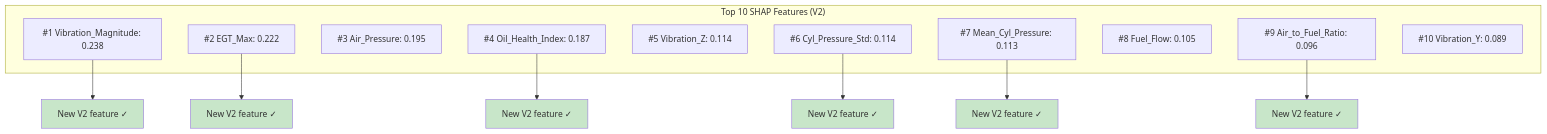
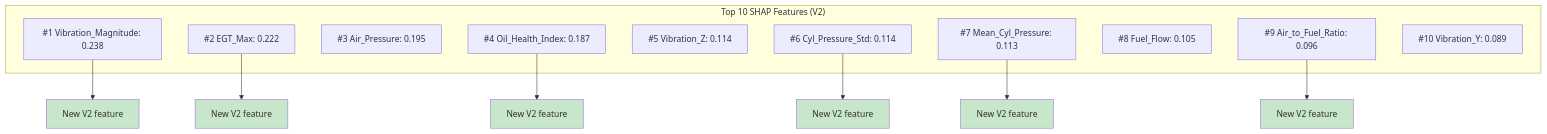
One commit to MrNahadi/New-AIMS changed the ninth of 11 diagrams in docs/report.md. Above: the diagram before and after it, drawn with Mermaid. The commit also changed other lines of this file and 1 other file, not shown here.

Commit message:
Remove emojis from markdown files

````diff
--- a/docs/report.md
+++ b/docs/report.md
@@ -298,29 +298,29 @@
 ```mermaid
 graph TD
     subgraph Top10["Top 10 SHAP Features (V2)"]
         F1["#1 Vibration_Magnitude: 0.238"]
         F2["#2 EGT_Max: 0.222"]
         F3["#3 Air_Pressure: 0.195"]
         F4["#4 Oil_Health_Index: 0.187"]
         F5["#5 Vibration_Z: 0.114"]
         F6["#6 Cyl_Pressure_Std: 0.114"]
         F7["#7 Mean_Cyl_Pressure: 0.113"]
         F8["#8 Fuel_Flow: 0.105"]
         F9["#9 Air_to_Fuel_Ratio: 0.096"]
         F10["#10 Vibration_Y: 0.089"]
     end
 
-    F1 --> N1[New V2 feature ✓]
-    F2 --> N2[New V2 feature ✓]
-    F4 --> N4[New V2 feature ✓]
-    F6 --> N6[New V2 feature ✓]
-    F7 --> N7[New V2 feature ✓]
-    F9 --> N9[New V2 feature ✓]
+    F1 --> N1[New V2 feature]
+    F2 --> N2[New V2 feature]
+    F4 --> N4[New V2 feature]
+    F6 --> N6[New V2 feature]
+    F7 --> N7[New V2 feature]
+    F9 --> N9[New V2 feature]
 
     style N1 fill:#c8e6c9
     style N2 fill:#c8e6c9
     style N4 fill:#c8e6c9
     style N6 fill:#c8e6c9
     style N7 fill:#c8e6c9
     style N9 fill:#c8e6c9
 ```
````
